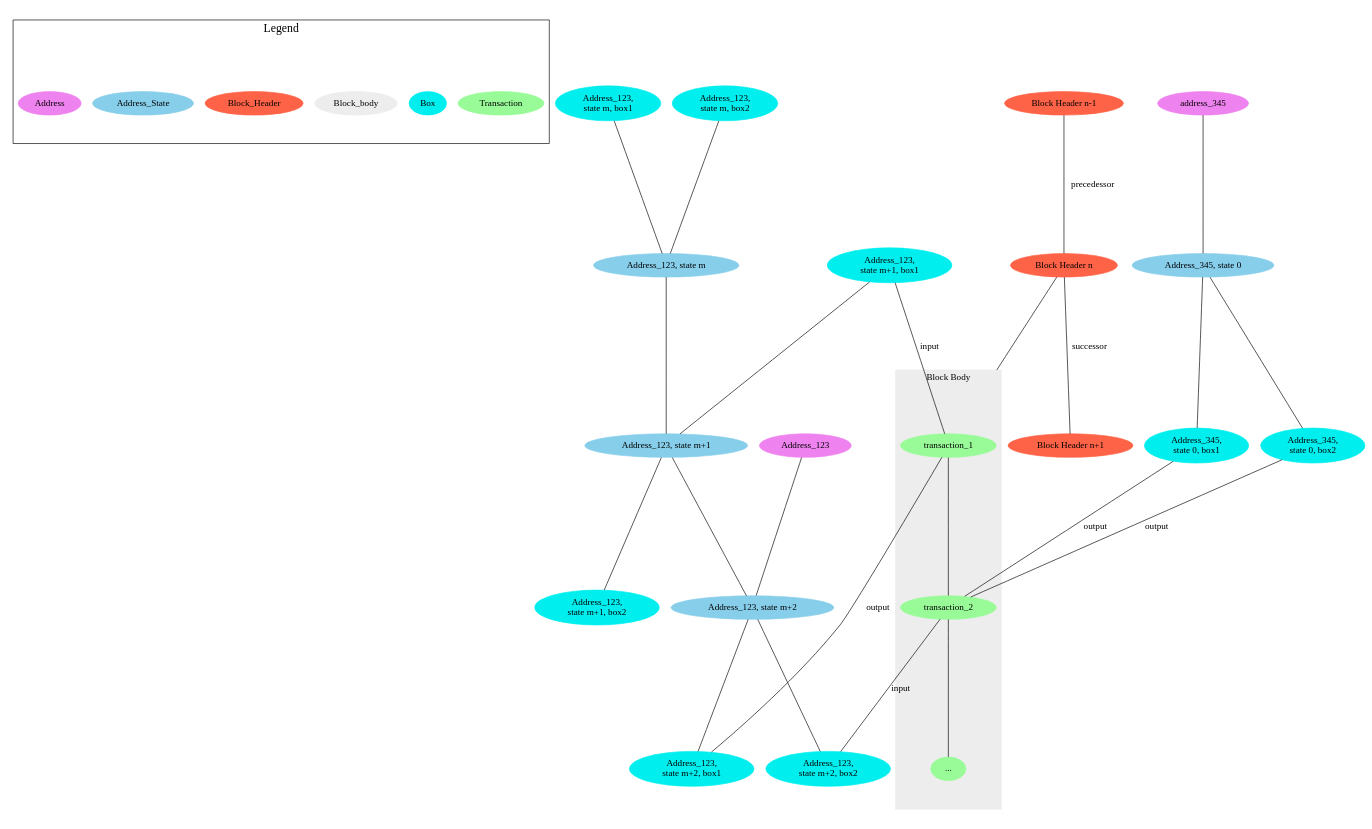
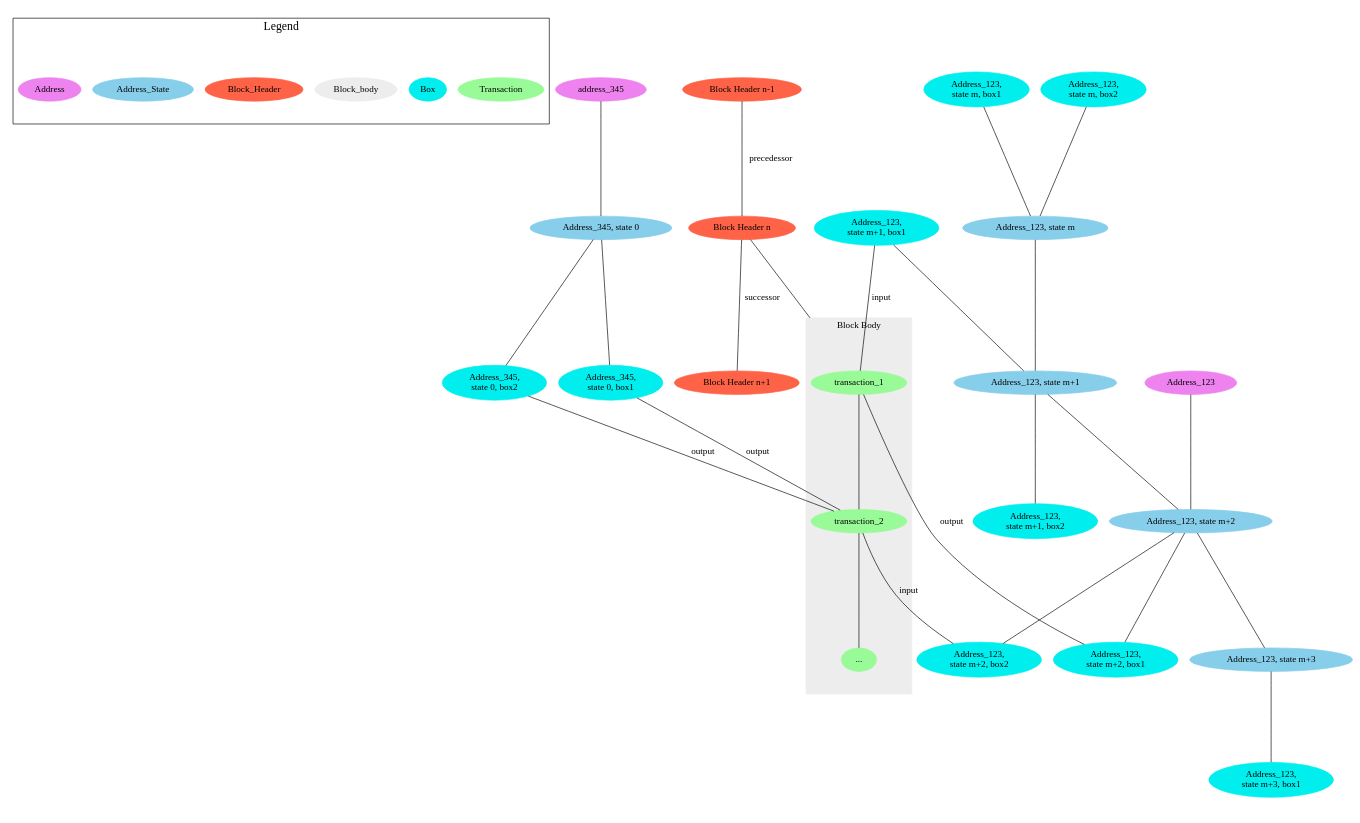
Before and after one commit to mgrand-topl/PlantUML_Sandbox: the diagram in genus_block_data_model.dot, drawn with Graphviz.

```diff
--- a/genus_block_data_model.dot
+++ b/genus_block_data_model.dot
@@ -1,61 +1,65 @@
 graph g {
   subgraph cluster_legend {
     label=Legend
     fontsize=18
     Transaction [color=palegreen, style=filled]
     Box [color=cyan2, style=filled]
     Block_body [color=gray93, style=filled]
     Block_Header [color=tomato, style=filled]
     Address_State [color=skyblue, style=filled]
     Address [color=violet, style=filled]
   }
 
   ratio= 0.6;
   compound=true;
   "Block Header n" [color=tomato, style=filled]
   "Block Header n-1" [color=tomato, style=filled]
   "Block Header n-1"
   "Block Header n-1" -- "Block Header n" [label = "precedessor"];
   "Block Header n" -- "Block Header n+1" [label = "successor"]
   "Block Header n"
   "Block Header n" -- transaction_1 [lhead=cluster0]
   "Block Header n+1" [color=tomato, style=filled]
   "Block Header n+1"
 
   subgraph cluster0 {
     label = "Block Body"
     color=gray93
     style=filled
     "..." [color=palegreen, style=filled]
     transaction_1 -- transaction_2 -- "...";
   }
   "Address_123,\nstate m, box1" [color=cyan2, style=filled]
   "Address_123,\nstate m, box2" [color=cyan2, style=filled]
   {"Address_123,\nstate m, box1" "Address_123,\nstate m, box2"} -- "Address_123, state m"
   "Address_123, state m" [color=skyblue, style=filled]
   "Address_123, state m" -- "Address_123, state m+1"
   "Address_123, state m+1" [color=skyblue, style=filled]
   "Address_123,\nstate m+1, box1" [color=cyan2, style=filled]
   "Address_123,\nstate m+1, box2" [color=cyan2, style=filled]
   "Address_123,\nstate m+1, box1" -- "Address_123, state m+1"
   "Address_123, state m+1" -- "Address_123,\nstate m+1, box2"
   "Address_123,\nstate m+1, box1" -- transaction_1 [label="input"]
   "Address_123,\nstate m+2, box1" [color=cyan2, style=filled]
   "Address_123,\nstate m+2, box2" [color=cyan2, style=filled]
   "Address_123, state m+1" -- "Address_123, state m+2" -- {"Address_123,\nstate m+2, box1" "Address_123,\nstate m+2, box2"}
   transaction_1 [color=palegreen, style=filled]
   "Address_123, state m+2" [color=skyblue, style=filled]
   transaction_1 -- "Address_123,\nstate m+2, box1" [label = "output"]
   transaction_2 [color=palegreen, style=filled]
   transaction_2 -- "Address_123,\nstate m+2, box2" [label="input"]
   Address_123 [color=violet, style=filled]
   Address_123 -- "Address_123, state m+2"
+  "Address_123, state m+3" [color=skyblue, style=filled]
+  "Address_123, state m+2" -- "Address_123, state m+3"
+  "Address_123, state m+3" -- "Address_123,\nstate m+3, box1"
+  "Address_123,\nstate m+3, box1" [color=cyan2, style=filled]
   "Address_345, state 0" [color=skyblue, style=filled]
   "Address_345,\nstate 0, box1" -- transaction_2 [label="output"]
   "Address_345,\nstate 0, box2" -- transaction_2 [label="output"]
   "Address_345,\nstate 0, box1" [color=cyan2, style=filled]
   "Address_345,\nstate 0, box2" [color=cyan2, style=filled]
   "Address_345, state 0" -- {"Address_345,\nstate 0, box1" "Address_345,\nstate 0, box2"}
   "address_345" [color=violet, style=filled]
   "address_345" -- "Address_345, state 0"
 }
```
